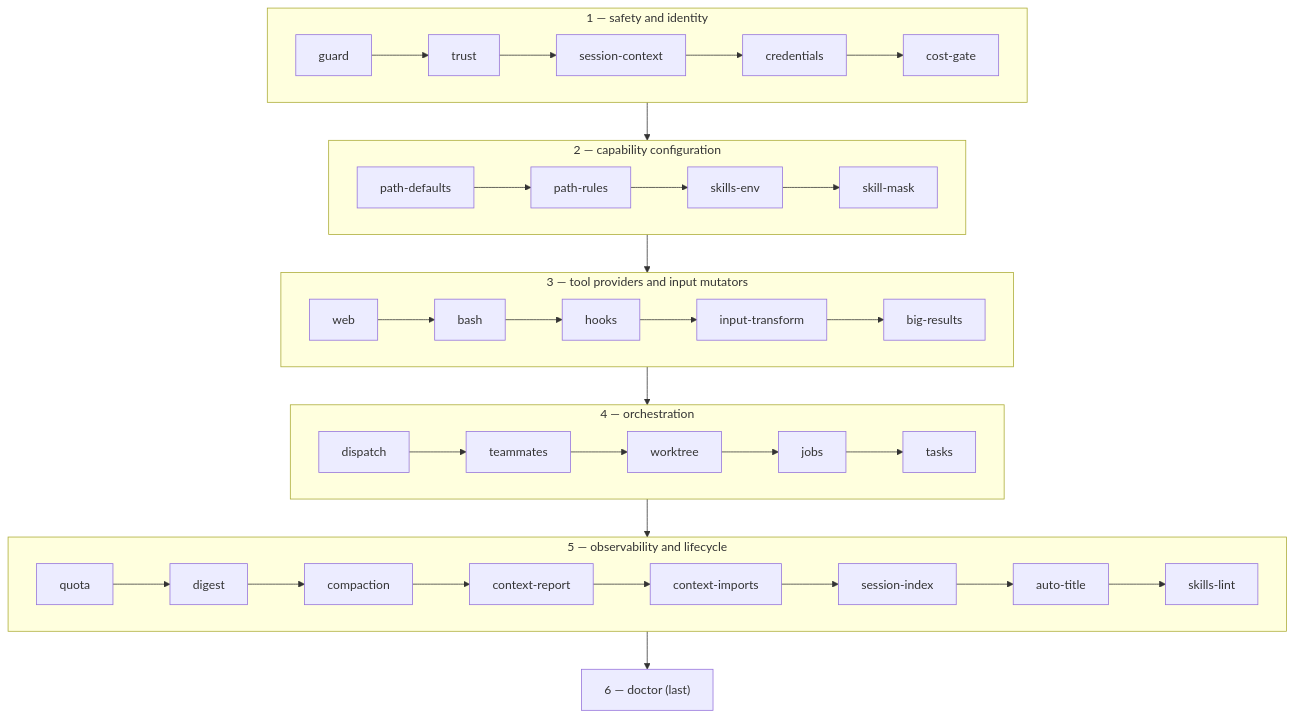
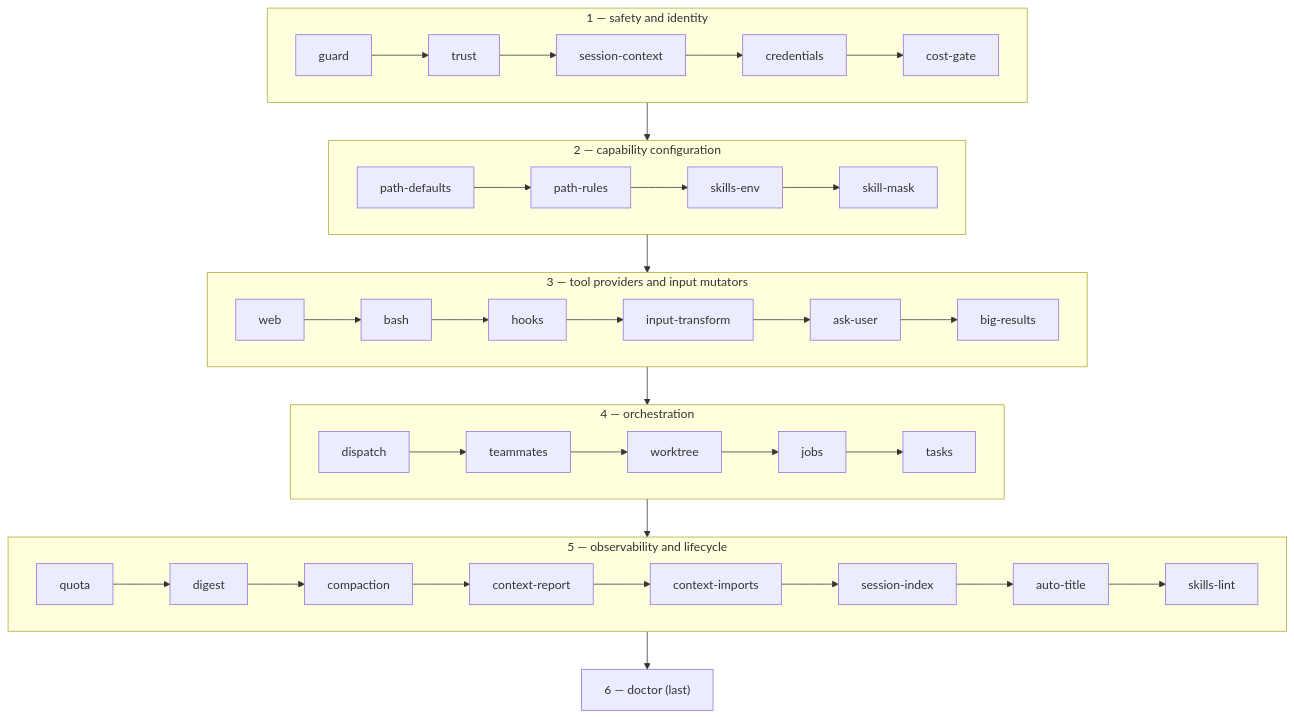
One commit to DresvyanskiyDenis/PiON changed the first of 3 diagrams in docs/concepts/architecture.md. Above: the diagram before and after it, drawn with Mermaid. The commit also changed other lines of this file and 3 other files, not shown here.

First line of the commit message:
docs(ask-user): document the tool, and correct the module count it broke

````diff
--- a/docs/concepts/architecture.md
+++ b/docs/concepts/architecture.md
@@ -29,24 +29,24 @@
 ```mermaid
 flowchart TB
     subgraph safety["1 — safety and identity"]
         direction LR
         guard --> trust --> sc["session-context"] --> cred["credentials"] --> cg["cost-gate"]
     end
     subgraph capconf["2 — capability configuration"]
         direction LR
         pd["path-defaults"] --> pr["path-rules"] --> se["skills-env"] --> sm["skill-mask"]
     end
     subgraph tools["3 — tool providers and input mutators"]
         direction LR
-        web --> bash --> hooks --> it["input-transform"] --> br["big-results"]
+        web --> bash --> hooks --> it["input-transform"] --> au["ask-user"] --> br["big-results"]
     end
     subgraph orch["4 — orchestration"]
         direction LR
         dispatch --> teammates --> worktree --> jobs --> tasks
     end
     subgraph obs["5 — observability and lifecycle"]
         direction LR
         quota --> digest --> compaction --> cr["context-report"] --> ci["context-imports"] --> si["session-index"] --> at["auto-title"] --> sl["skills-lint"]
     end
     safety --> capconf --> tools --> orch --> obs --> doctor["6 — doctor (last)"]
 ```
````
